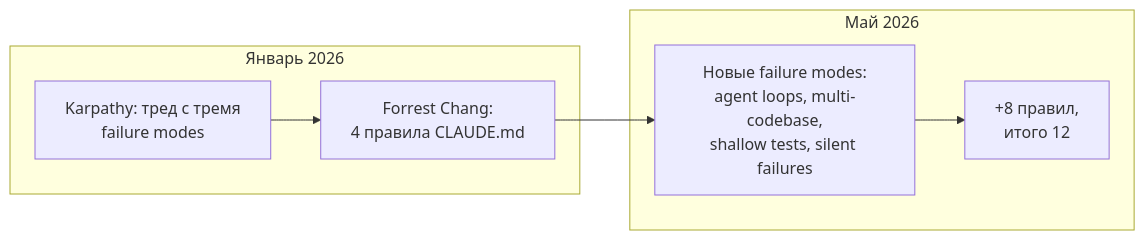
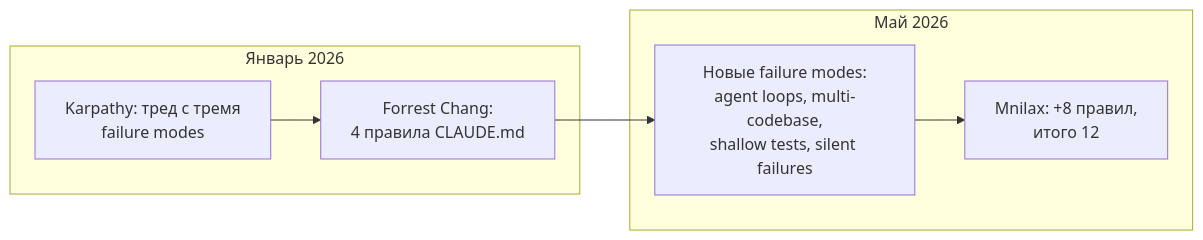
One commit to node-develop/astro-blog changed the diagram in src/content/posts/claude-md-12-rules.md. Above: the diagram before and after it, drawn with Mermaid. The commit also changed other lines of this file and 3 other files, not shown here.

````diff
--- a/src/content/posts/claude-md-12-rules.md
+++ b/src/content/posts/claude-md-12-rules.md
@@ -71,11 +52,11 @@
 ```mermaid
 flowchart LR
   subgraph jan["Январь 2026"]
     K["Karpathy: тред с тремя<br/>failure modes"]
     K --> F["Forrest Chang:<br/>4 правила CLAUDE.md"]
   end
   subgraph may["Май 2026"]
     F --> N["Новые failure modes:<br/>agent loops, multi-codebase,<br/>shallow tests, silent failures"]
-    N --> M["+8 правил,<br/>итого 12"]
+    N --> M["Mnilax: +8 правил,<br/>итого 12"]
   end
 ```
````
